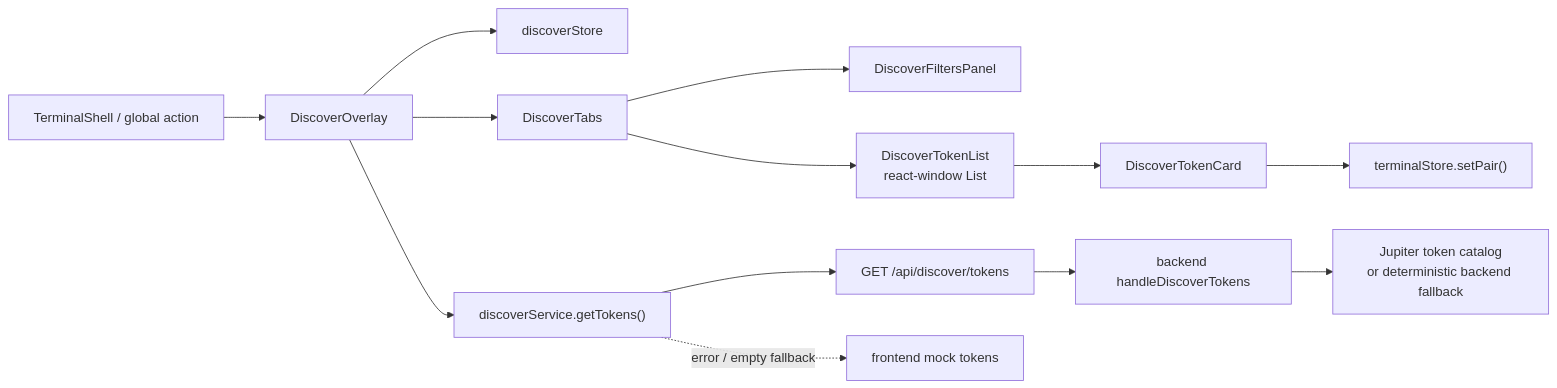
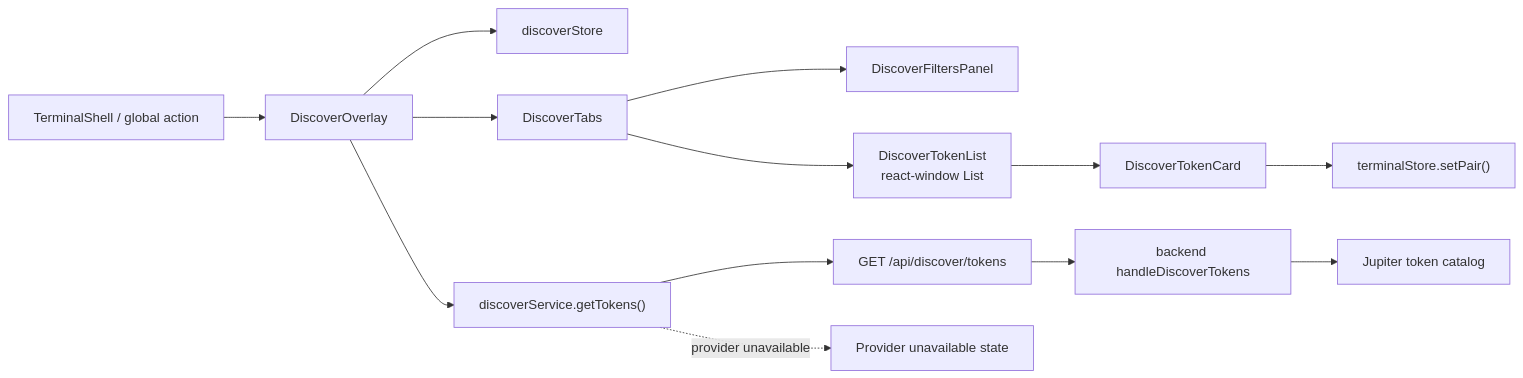
One commit to baum777/Sparkfined-TradeApp changed the first of 2 diagrams in docs/DISCOVER.md. Above: the diagram before and after it, drawn with Mermaid. The commit also changed other lines of this file and 12 other files, not shown here.

````diff
--- a/docs/DISCOVER.md
+++ b/docs/DISCOVER.md
@@ -27,15 +27,15 @@
 ```mermaid
 flowchart LR
     Trigger["TerminalShell / global action"] --> Overlay["DiscoverOverlay"]
     Overlay --> Store["discoverStore"]
     Overlay --> Tabs["DiscoverTabs"]
     Tabs --> Filters["DiscoverFiltersPanel"]
     Tabs --> List["DiscoverTokenList\nreact-window List"]
     Overlay --> Service["discoverService.getTokens()"]
     Service --> API["GET /api/discover/tokens"]
     API --> Backend["backend handleDiscoverTokens"]
-    Backend --> Catalog["Jupiter token catalog\nor deterministic backend fallback"]
-    Service -. "error / empty fallback" .-> Mock["frontend mock tokens"]
+    Backend --> Catalog["Jupiter token catalog"]
+    Service -. "provider unavailable" .-> ErrorState["Provider unavailable state"]
     List --> Card["DiscoverTokenCard"]
     Card --> Terminal["terminalStore.setPair()"]
 ```
````
